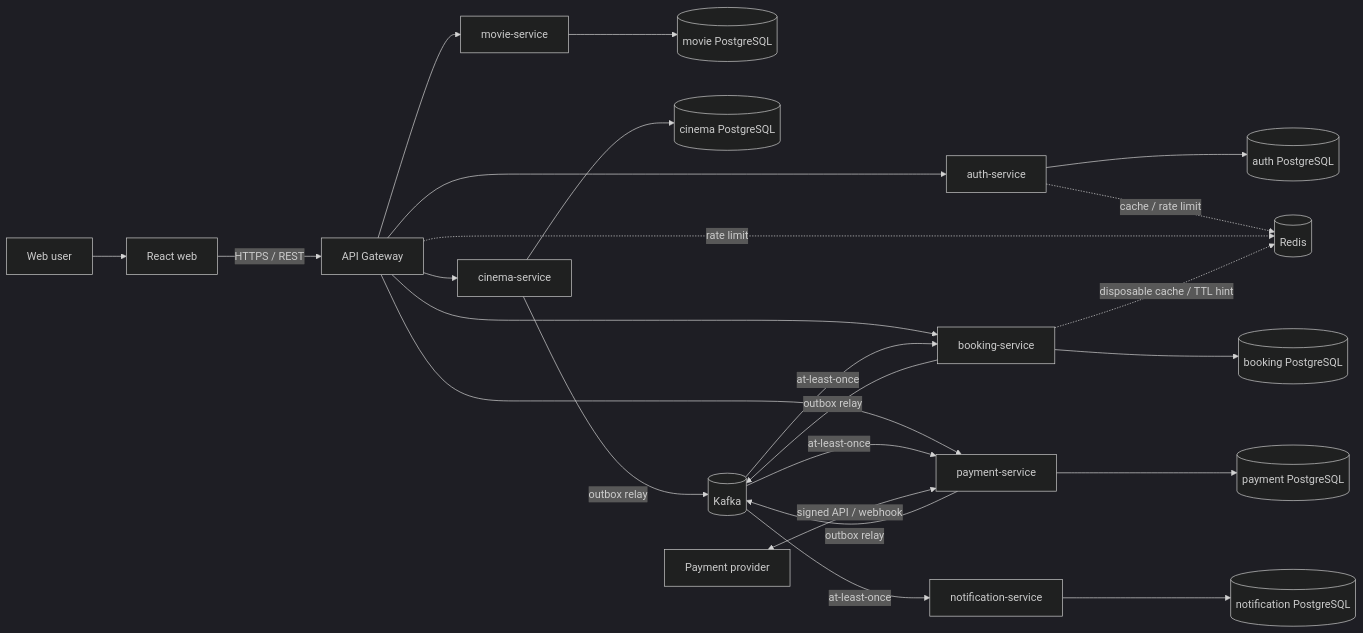
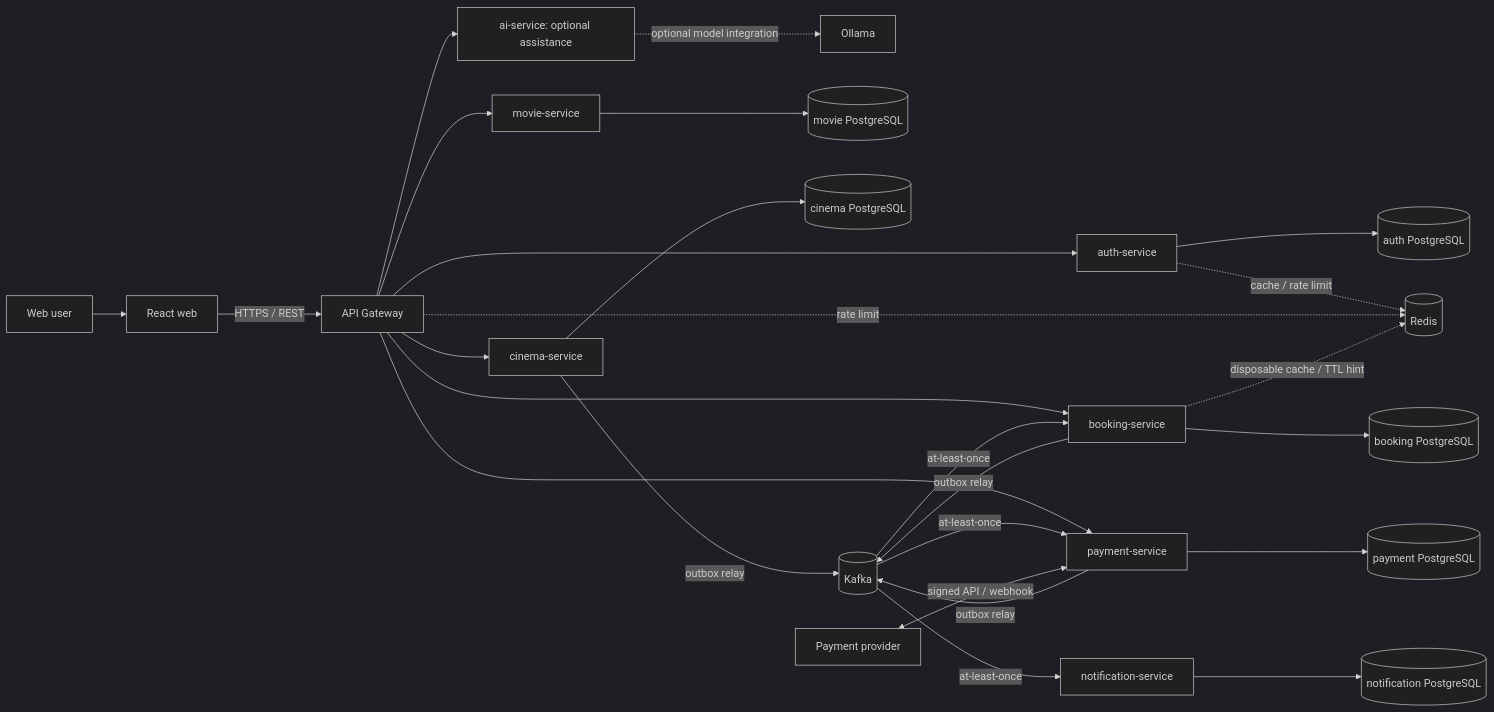
Before and after one commit to HoL0ngg/Movie-Booking-Platform: the diagram in docs/architecture.md, drawn with Mermaid (dark theme). The commit also changed other lines of this file and 48 other files, not shown here.

````diff
--- a/docs/architecture.md
+++ b/docs/architecture.md
@@ -12,30 +12,32 @@
 ```mermaid
 flowchart LR
     User[Web user] --> Web[React web]
     Web -->|HTTPS / REST| Gateway[API Gateway]
 
     Gateway --> Auth[auth-service]
     Gateway --> Movie[movie-service]
     Gateway --> Cinema[cinema-service]
     Gateway --> Booking[booking-service]
     Gateway --> Payment[payment-service]
+    Gateway --> AI[ai-service: optional assistance]
+    AI -. optional model integration .-> Ollama[Ollama]
 
     Auth --> AuthDB[(auth PostgreSQL)]
     Movie --> MovieDB[(movie PostgreSQL)]
     Cinema --> CinemaDB[(cinema PostgreSQL)]
     Booking --> BookingDB[(booking PostgreSQL)]
     Payment --> PaymentDB[(payment PostgreSQL)]
     Notify[notification-service] --> NotifyDB[(notification PostgreSQL)]
 
     Cinema -->|outbox relay| Kafka[(Kafka)]
     Booking -->|outbox relay| Kafka
     Payment -->|outbox relay| Kafka
     Kafka -->|at-least-once| Booking
     Kafka -->|at-least-once| Payment
     Kafka -->|at-least-once| Notify
 
     Provider[Payment provider] <-->|signed API / webhook| Payment
     Auth -. cache / rate limit .-> Redis[(Redis)]
     Gateway -. rate limit .-> Redis
     Booking -. disposable cache / TTL hint .-> Redis
 ```
````
